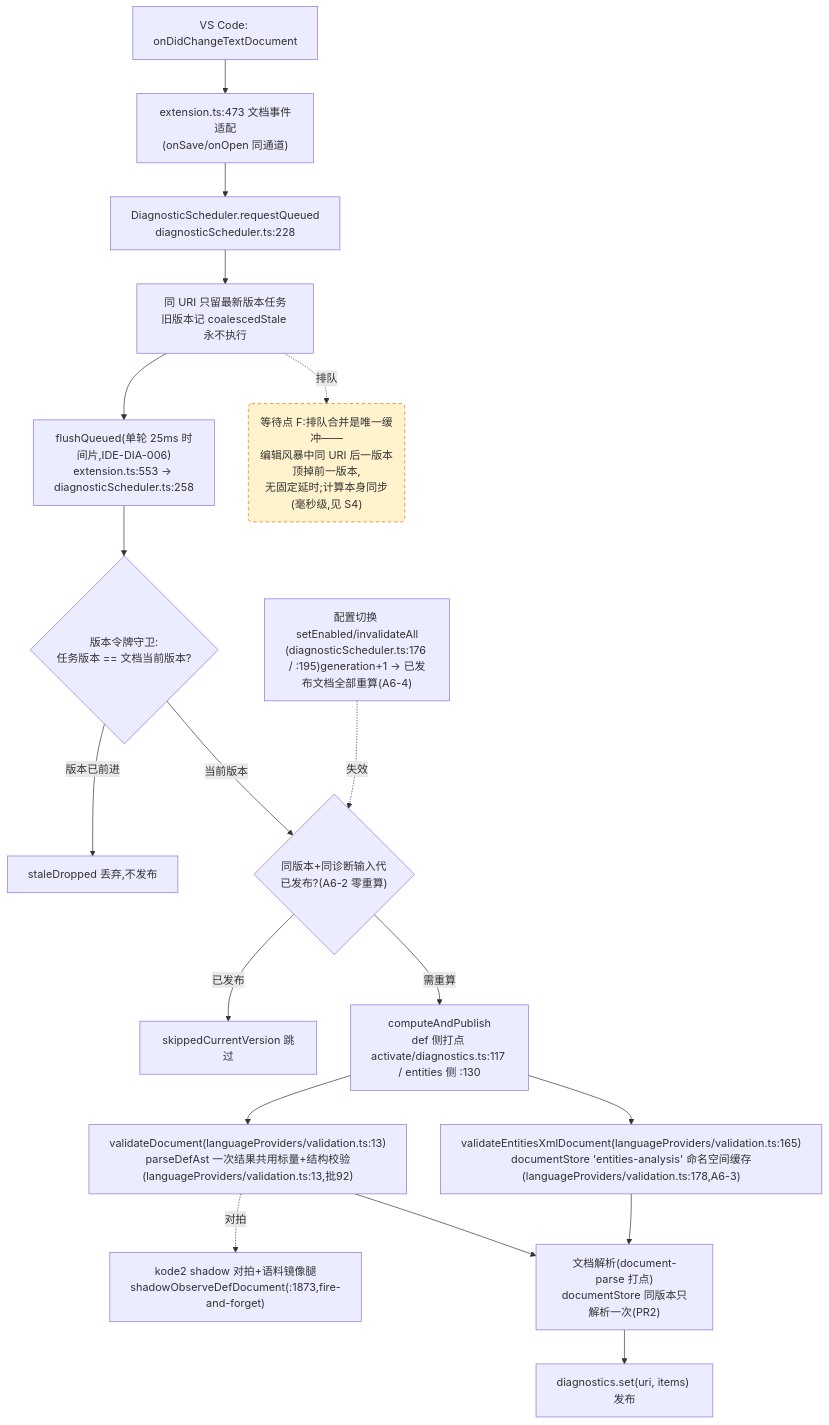
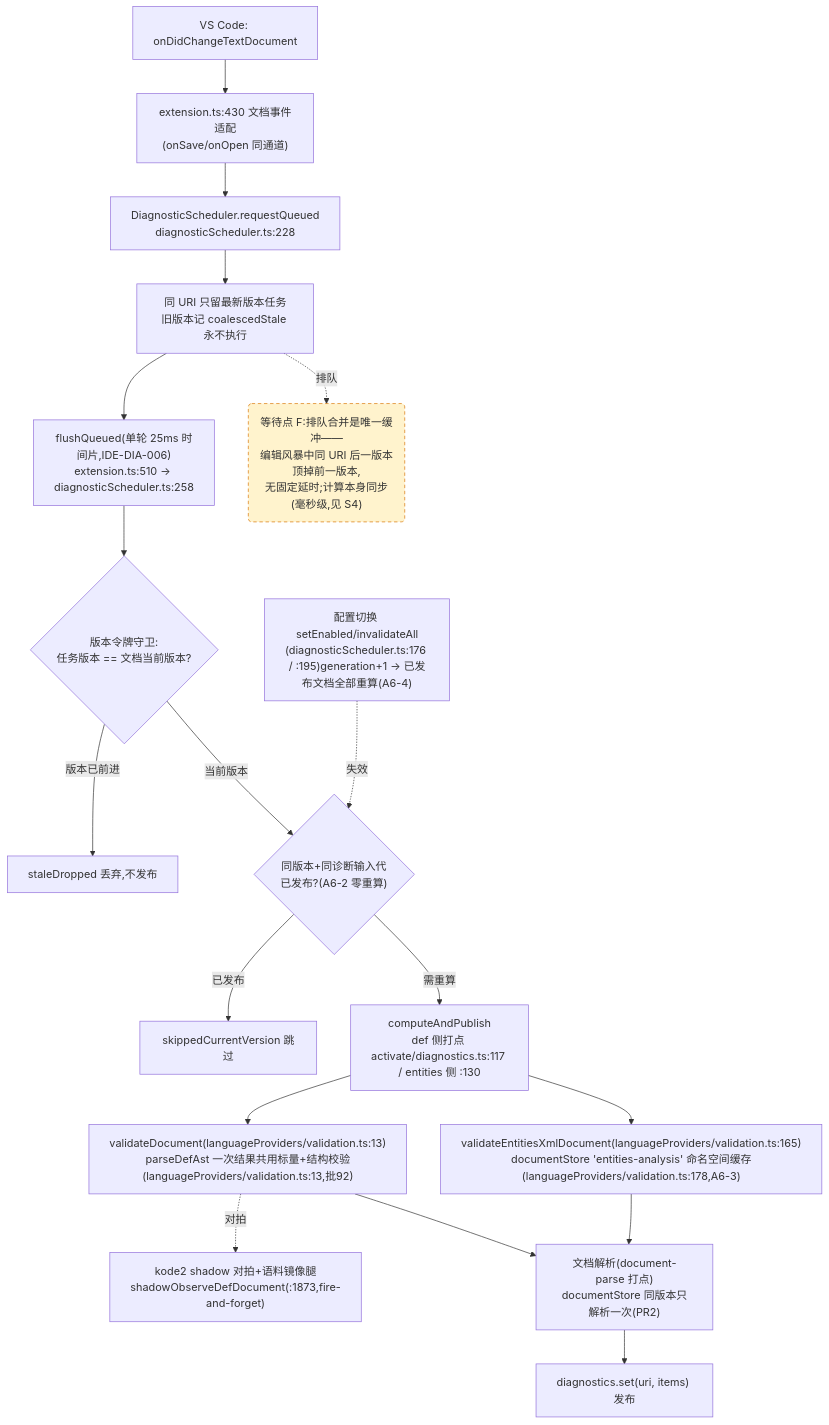
Before and after one commit to cuihairu/kode: the fourth of 4 diagrams in docs/perf/2026-baseline.md, drawn with Mermaid. The commit also changed 6 other files, not shown here.

````diff
--- a/docs/perf/2026-baseline.md
+++ b/docs/perf/2026-baseline.md
@@ -214,38 +214,38 @@
 ```mermaid
 flowchart TD
   CHG["VS Code: onDidChangeTextDocument"]
-  WATCH["extension.ts:473 文档事件适配<br/>(onSave/onOpen 同通道)"]
+  WATCH["extension.ts:430 文档事件适配<br/>(onSave/onOpen 同通道)"]
   RQ["DiagnosticScheduler.requestQueued<br/>diagnosticScheduler.ts:228"]
   CO["同 URI 只留最新版本任务<br/>旧版本记 coalescedStale 永不执行"]
-  FL["flushQueued(单轮 25ms 时间片,IDE-DIA-006)<br/>extension.ts:553 → diagnosticScheduler.ts:258"]
+  FL["flushQueued(单轮 25ms 时间片,IDE-DIA-006)<br/>extension.ts:510 → diagnosticScheduler.ts:258"]
   VG{"版本令牌守卫:<br/>任务版本 == 文档当前版本?"}
   DROP["staleDropped 丢弃,不发布"]
   GEN{"同版本+同诊断输入代<br/>已发布?(A6-2 零重算)"}
   SKIP["skippedCurrentVersion 跳过"]
   CALC["computeAndPublish<br/>def 侧打点 activate/diagnostics.ts:117 / entities 侧 :130"]
   VD["validateDocument(languageProviders/validation.ts:13)<br/>parseDefAst 一次结果共用标量+结构校验(languageProviders/validation.ts:13,批92)"]
   VEX["validateEntitiesXmlDocument(languageProviders/validation.ts:165)<br/>documentStore 'entities-analysis' 命名空间缓存(languageProviders/validation.ts:178,A6-3)"]
   SHDD["kode2 shadow 对拍+语料镜像腿<br/>shadowObserveDefDocument(:1873,fire-and-forget)"]
   DS["文档解析(document-parse 打点)<br/>documentStore 同版本只解析一次(PR2)"]
   PUB["diagnostics.set(uri, items) 发布"]
   CFG2["配置切换 setEnabled/invalidateAll<br/>(diagnosticScheduler.ts:176 / :195)generation+1 → 已发布文档全部重算(A6-4)"]
 
   CHG --> WATCH --> RQ --> CO --> FL --> VG
   VG -- "版本已前进" --> DROP
   VG -- "当前版本" --> GEN
   GEN -- "已发布" --> SKIP
   GEN -- "需重算" --> CALC
   CALC --> VD
   CALC --> VEX
   VD --> DS
   VEX --> DS
   DS --> PUB
   VD -.->|对拍| SHDD
   CFG2 -.->|失效| GEN
 
   WAITF("等待点 F:排队合并是唯一缓冲——<br/>编辑风暴中同 URI 后一版本顶掉前一版本,<br/>无固定延时;计算本身同步(毫秒级,见 S4)")
   CO -.->|排队| WAITF
 
   classDef waitPoint fill:#fff3cd,stroke:#d97706,stroke-dasharray:5 4;
   class WAITF waitPoint;
 ```
````
